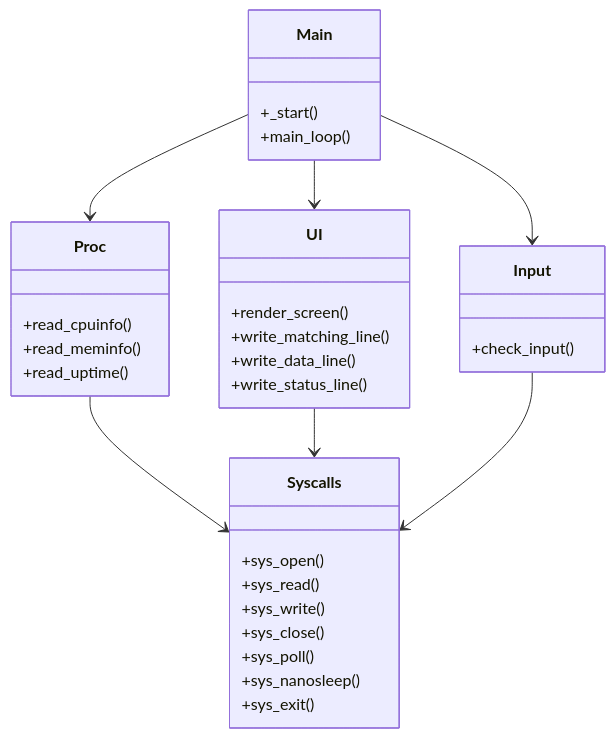
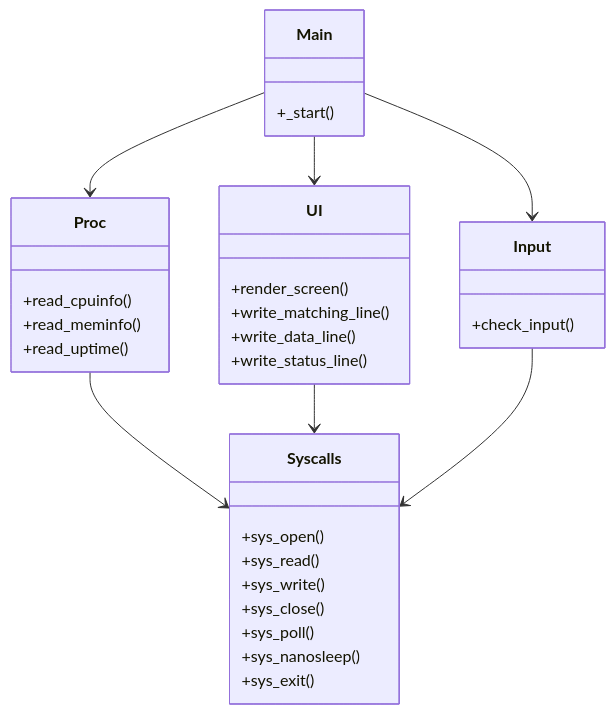
Before and after one commit to manoelroot/CPU-simulator-c: the fourth of 4 diagrams in docs/uml/diagramas.md, drawn with Mermaid. The commit also changed other lines of this file and 20 other files, not shown here.

````diff
--- a/docs/uml/diagramas.md
+++ b/docs/uml/diagramas.md
@@ -63,41 +63,40 @@
 ```mermaid
 classDiagram
     class Main {
         +_start()
-        +main_loop()
     }
 
     class Proc {
         +read_cpuinfo()
         +read_meminfo()
         +read_uptime()
     }
 
     class UI {
         +render_screen()
         +write_matching_line()
         +write_data_line()
         +write_status_line()
     }
 
     class Input {
         +check_input()
     }
 
     class Syscalls {
         +sys_open()
         +sys_read()
         +sys_write()
         +sys_close()
         +sys_poll()
         +sys_nanosleep()
         +sys_exit()
     }
 
     Main --> Proc
     Main --> UI
     Main --> Input
     Proc --> Syscalls
     UI --> Syscalls
     Input --> Syscalls
 ```
````
